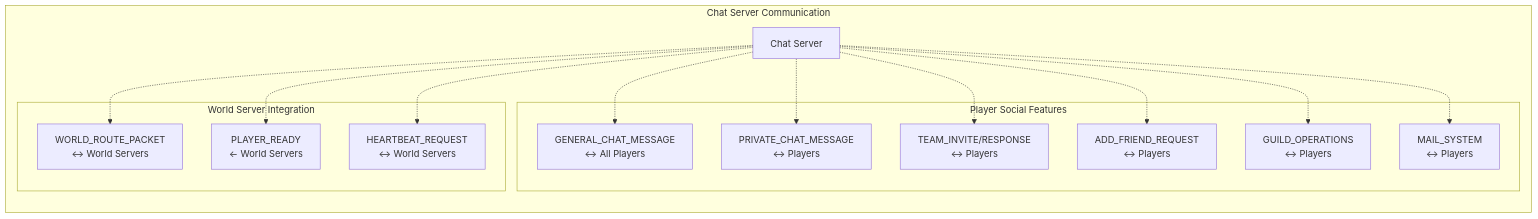
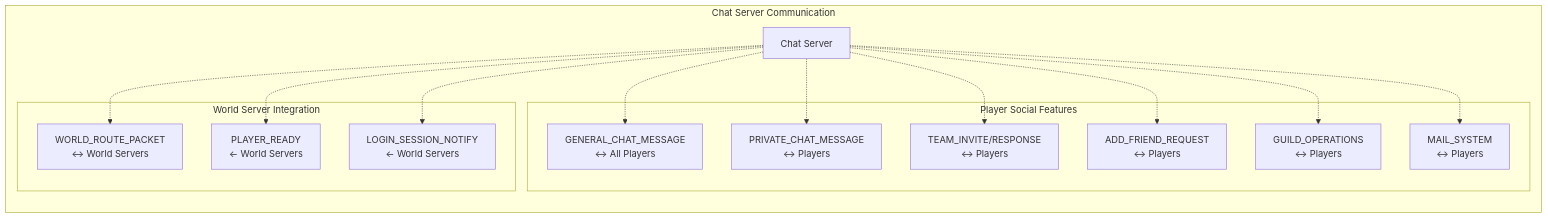
One commit to DarkflameUniverse/DarkflameServer changed the fourth of 8 diagrams in docs/server-architecture-diagram.md. Above: the diagram before and after it, drawn with Mermaid. The commit also changed other lines of this file and 2 other files, not shown here.

Commit message:
Fix client-to-chat communication flow and remove unverified claims

````diff
--- a/docs/server-architecture-diagram.md
+++ b/docs/server-architecture-diagram.md
@@ -151,31 +148,31 @@
 ```mermaid
 graph LR
     subgraph "Chat Server Communication"
         Chat[Chat Server]
         
         subgraph "Player Social Features"
             C1[GENERAL_CHAT_MESSAGE<br/>↔ All Players]
             C2[PRIVATE_CHAT_MESSAGE<br/>↔ Players]
             C3[TEAM_INVITE/RESPONSE<br/>↔ Players]
             C4[ADD_FRIEND_REQUEST<br/>↔ Players]
             C5[GUILD_OPERATIONS<br/>↔ Players]
             C6[MAIL_SYSTEM<br/>↔ Players]
         end
         
         subgraph "World Server Integration"
             C7[WORLD_ROUTE_PACKET<br/>↔ World Servers]
             C8[PLAYER_READY<br/>← World Servers]
-            C9[HEARTBEAT_REQUEST<br/>↔ World Servers]
+            C9[LOGIN_SESSION_NOTIFY<br/>← World Servers]
         end
         
         Chat -.-> C1
         Chat -.-> C2
         Chat -.-> C3
         Chat -.-> C4
         Chat -.-> C5
         Chat -.-> C6
         Chat -.-> C7
         Chat -.-> C8
         Chat -.-> C9
     end
 ```
````
